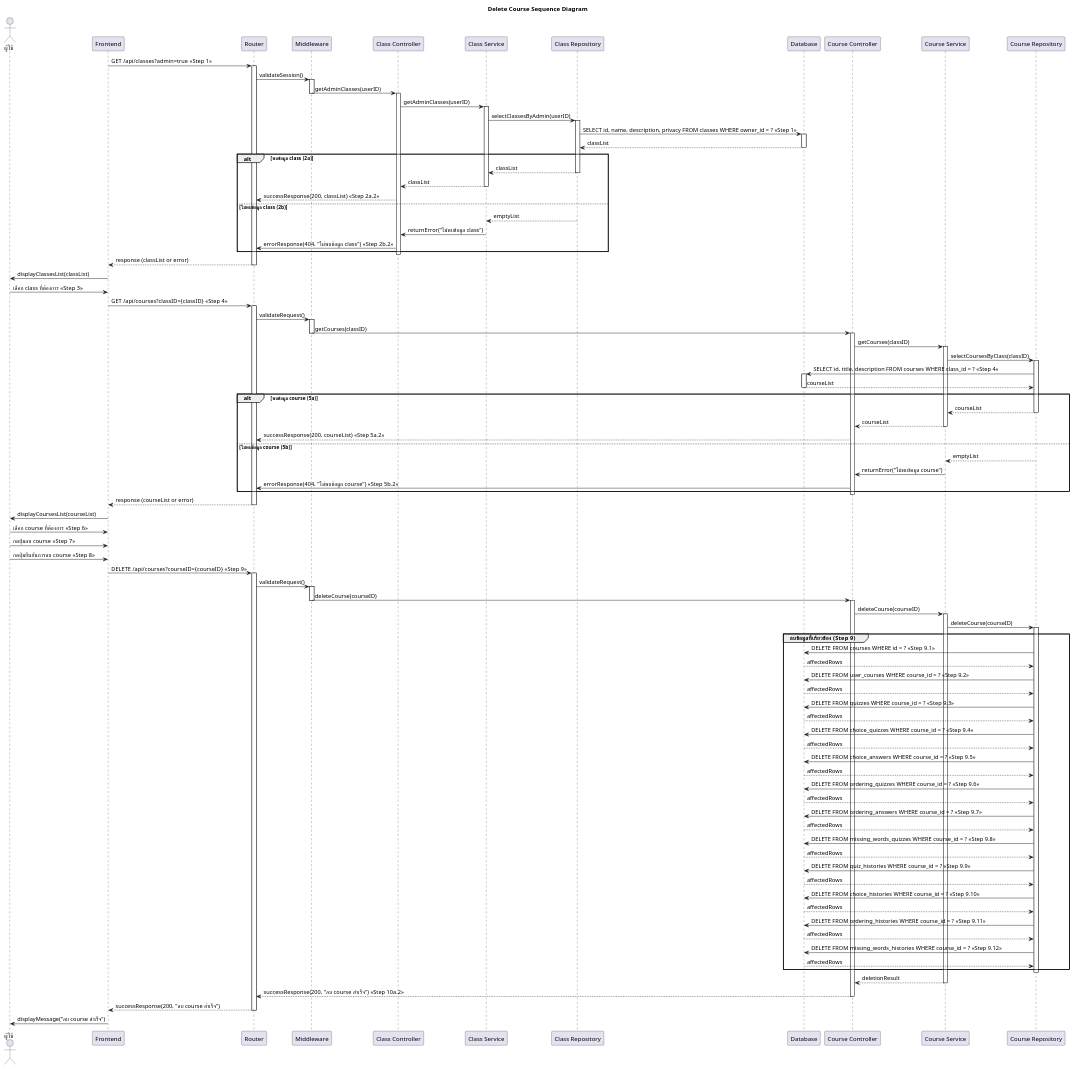
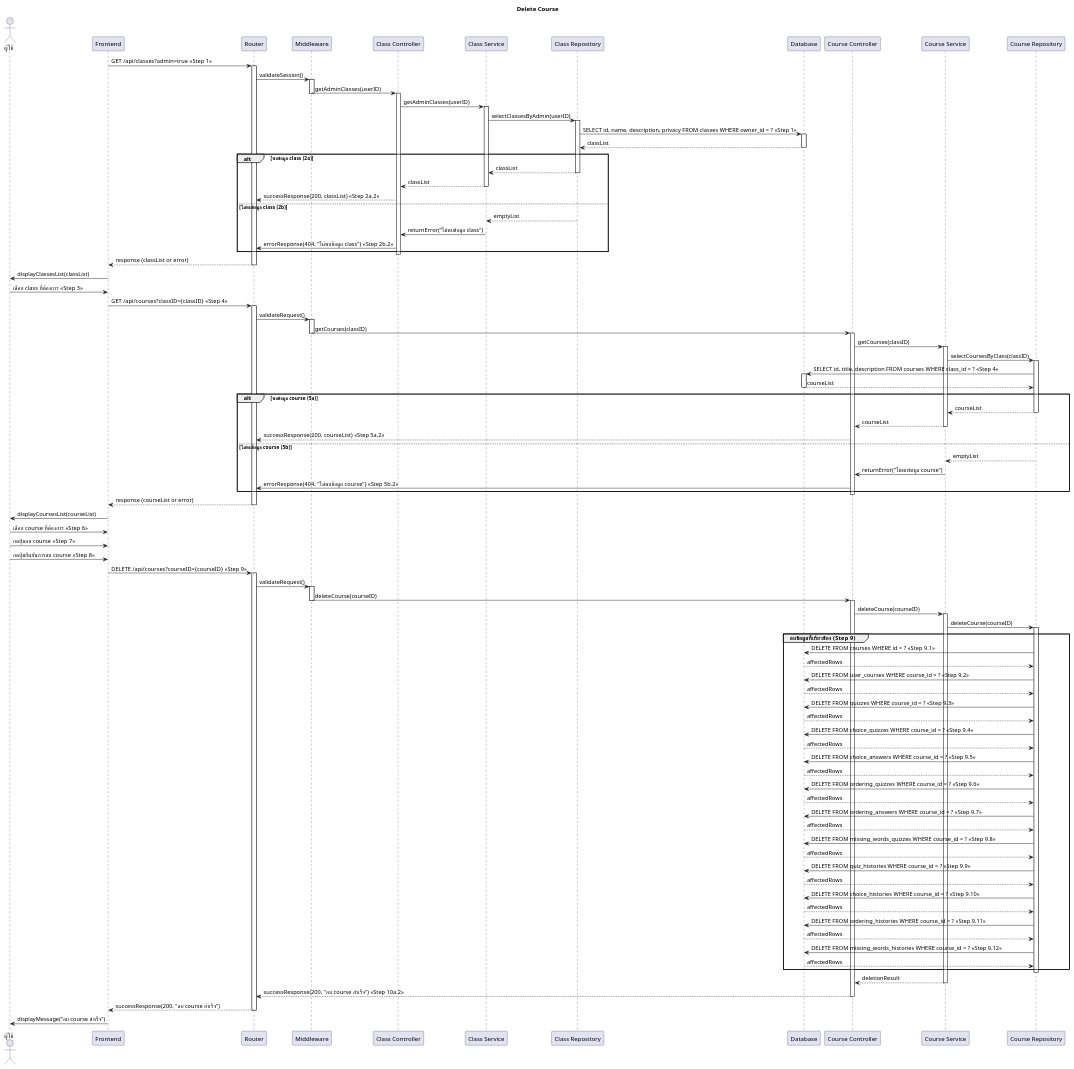
One commit to CS371-Project-Management/CS371-Sequence-Diagram changed the diagram in SD-Delete-Course.puml. Above: the diagram before and after it, drawn with PlantUML. The commit also changed 8 other files, not shown here.

```diff
--- a/SD-Delete-Course.puml
+++ b/SD-Delete-Course.puml
@@ -1,156 +1,156 @@
 @startuml
-title Delete Course Sequence Diagram
+title Delete Course
 
 actor "ผู้ใช้" as User
 participant "Frontend" as FE
 participant "Router" as Router
 participant "Middleware" as MW
 
 '===== Phase 1: ดึงข้อมูล Class ที่ผู้ใช้เป็นผู้ดูแล =====
 participant "Class Controller" as ClassCtrl
 participant "Class Service" as ClassServ
 participant "Class Repository" as ClassRepo
 participant "Database" as DB
 
 ' Step 1: ระบบดึงข้อมูล class ที่ผู้ใช้เป็นผู้ดูแล
 FE -> Router: GET /api/classes?admin=true  <<Step 1>>
 activate Router
 Router -> MW: validateSession()
 activate MW
 MW -> ClassCtrl: getAdminClasses(userID)
 deactivate MW
 activate ClassCtrl
 ClassCtrl -> ClassServ: getAdminClasses(userID)
 activate ClassServ
 ClassServ -> ClassRepo: selectClassesByAdmin(userID)
 activate ClassRepo
 ClassRepo -> DB: SELECT id, name, description, privacy FROM classes WHERE owner_id = ?  <<Step 1>>
 activate DB
 DB --> ClassRepo: classList
 deactivate DB
 ' Step 2: ตรวจสอบข้อมูล class
 alt พบข้อมูล class (2a)
     ClassRepo --> ClassServ: classList
     deactivate ClassRepo
     ClassServ --> ClassCtrl: classList
     deactivate ClassServ
     ClassCtrl --> Router: successResponse(200, classList)  <<Step 2a.2>>
 else ไม่พบข้อมูล class (2b)
     ClassRepo --> ClassServ: emptyList
     deactivate ClassRepo
     ClassServ -> ClassCtrl: returnError("ไม่พบข้อมูล class")
     deactivate ClassServ
     ClassCtrl -> Router: errorResponse(404, "ไม่พบข้อมูล class")  <<Step 2b.2>>
 end
 deactivate ClassCtrl
 Router --> FE: response (classList or error)
 deactivate Router
 FE -> User: displayClassesList(classList)
 
 '===== Phase 2: ดึงข้อมูล Course ภายใน class ที่เลือก =====
 participant "Course Controller" as CourseCtrl
 participant "Course Service" as CourseServ
 participant "Course Repository" as CourseRepo
 
 ' Step 3: ผู้ใช้เลือก class ที่ต้องการ
 User -> FE: เลือก class ที่ต้องการ  <<Step 3>>
 
 ' Step 4: ระบบดึงข้อมูล course จาก class ที่เลือก
 FE -> Router: GET /api/courses?classID={classID}  <<Step 4>>
 activate Router
 Router -> MW: validateRequest()
 activate MW
 MW -> CourseCtrl: getCourses(classID)
 deactivate MW
 activate CourseCtrl
 CourseCtrl -> CourseServ: getCourses(classID)
 activate CourseServ
 CourseServ -> CourseRepo: selectCoursesByClass(classID)
 activate CourseRepo
 CourseRepo -> DB: SELECT id, title, description FROM courses WHERE class_id = ?  <<Step 4>>
 activate DB
 DB --> CourseRepo: courseList
 deactivate DB
 ' Step 5: ตรวจสอบข้อมูล course
 alt พบข้อมูล course (5a)
     CourseRepo --> CourseServ: courseList
     deactivate CourseRepo
     CourseServ --> CourseCtrl: courseList
     deactivate CourseServ
     CourseCtrl --> Router: successResponse(200, courseList)  <<Step 5a.2>>
 else ไม่พบข้อมูล course (5b)
     CourseRepo --> CourseServ: emptyList
     deactivate CourseRepo
     CourseServ -> CourseCtrl: returnError("ไม่พบข้อมูล course")
     deactivate CourseServ
     CourseCtrl -> Router: errorResponse(404, "ไม่พบข้อมูล course")  <<Step 5b.2>>
 end
 deactivate CourseCtrl
 Router --> FE: response (courseList or error)
 deactivate Router
 FE -> User: displayCoursesList(courseList)
 
 '===== Phase 3: ลบ Course =====
 ' Step 6: ผู้ใช้เลือก course ที่ต้องการ
 User -> FE: เลือก course ที่ต้องการ  <<Step 6>>
 
 ' Step 7: ผู้ใช้กดปุ่มลบ course
 User -> FE: กดปุ่มลบ course  <<Step 7>>
 
 ' Step 8: ผู้ใช้กดปุ่มยืนยันการลบ course
 User -> FE: กดปุ่มยืนยันการลบ course  <<Step 8>>
 
 ' Step 9: ระบบลบ course และข้อมูลที่เกี่ยวข้อง
 FE -> Router: DELETE /api/courses?courseID={courseID}  <<Step 9>>
 activate Router
 Router -> MW: validateRequest()
 activate MW
 MW -> CourseCtrl: deleteCourse(courseID)
 deactivate MW
 activate CourseCtrl
 CourseCtrl -> CourseServ: deleteCourse(courseID)
 activate CourseServ
 CourseServ -> CourseRepo: deleteCourse(courseID)
 activate CourseRepo
 
 group ลบข้อมูลที่เกี่ยวข้อง (Step 9)
     CourseRepo -> DB: DELETE FROM courses WHERE id = ?  <<Step 9.1>>
     DB --> CourseRepo: affectedRows
     CourseRepo -> DB: DELETE FROM user_courses WHERE course_id = ?  <<Step 9.2>>
     DB --> CourseRepo: affectedRows
     CourseRepo -> DB: DELETE FROM quizzes WHERE course_id = ?  <<Step 9.3>>
     DB --> CourseRepo: affectedRows
     CourseRepo -> DB: DELETE FROM choice_quizzes WHERE course_id = ?  <<Step 9.4>>
     DB --> CourseRepo: affectedRows
     CourseRepo -> DB: DELETE FROM choice_answers WHERE course_id = ?  <<Step 9.5>>
     DB --> CourseRepo: affectedRows
     CourseRepo -> DB: DELETE FROM ordering_quizzes WHERE course_id = ?  <<Step 9.6>>
     DB --> CourseRepo: affectedRows
     CourseRepo -> DB: DELETE FROM ordering_answers WHERE course_id = ?  <<Step 9.7>>
     DB --> CourseRepo: affectedRows
     CourseRepo -> DB: DELETE FROM missing_words_quizzes WHERE course_id = ?  <<Step 9.8>>
     DB --> CourseRepo: affectedRows
     CourseRepo -> DB: DELETE FROM quiz_histories WHERE course_id = ?  <<Step 9.9>>
     DB --> CourseRepo: affectedRows
     CourseRepo -> DB: DELETE FROM choice_histories WHERE course_id = ?  <<Step 9.10>>
     DB --> CourseRepo: affectedRows
     CourseRepo -> DB: DELETE FROM ordering_histories WHERE course_id = ?  <<Step 9.11>>
     DB --> CourseRepo: affectedRows
     CourseRepo -> DB: DELETE FROM missing_words_histories WHERE course_id = ?  <<Step 9.12>>
     DB --> CourseRepo: affectedRows
 end
 deactivate CourseRepo
 CourseServ --> CourseCtrl: deletionResult
 deactivate CourseServ
 CourseCtrl --> Router: successResponse(200, "ลบ course สำเร็จ")  <<Step 10a.2>>
 deactivate CourseCtrl
 Router --> FE: successResponse(200, "ลบ course สำเร็จ")
 deactivate Router
 FE -> User: displayMessage("ลบ course สำเร็จ")
 
 '===== Alternate Flow: หากการลบล้มเหลว =====
 ' (หากในขั้นตอน 10 ระบบไม่สามารถลบ course ได้)
 ' CourseCtrl -> Router: errorResponse(500, "ไม่สามารถลบ course ได้")  <<Step 10b.2>>
 ' FE -> User: displayMessage("ไม่สามารถลบ course ได้")
 
 @enduml
```
